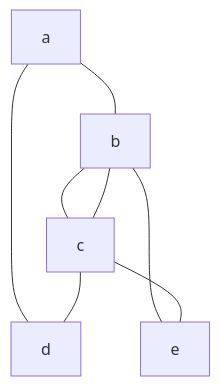
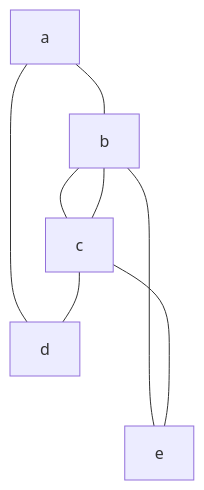
The fourth of 7 diagrams in drawio_flow_charts/mermaid_baisic.md (xuchaoxin1375/blogs), drawn with Mermaid before and after one commit. The commit also changed other lines of this file and 24 other files, not shown here.

````diff
--- a/drawio_flow_charts/mermaid_baisic.md
+++ b/drawio_flow_charts/mermaid_baisic.md
@@ -93,8 +93,8 @@
 ```mermaid
 flowchart TB
 	a---b & d 
 	b---c & e
 	c---b 
 	c---d
-    c---e
+    c----e
 ```
````
